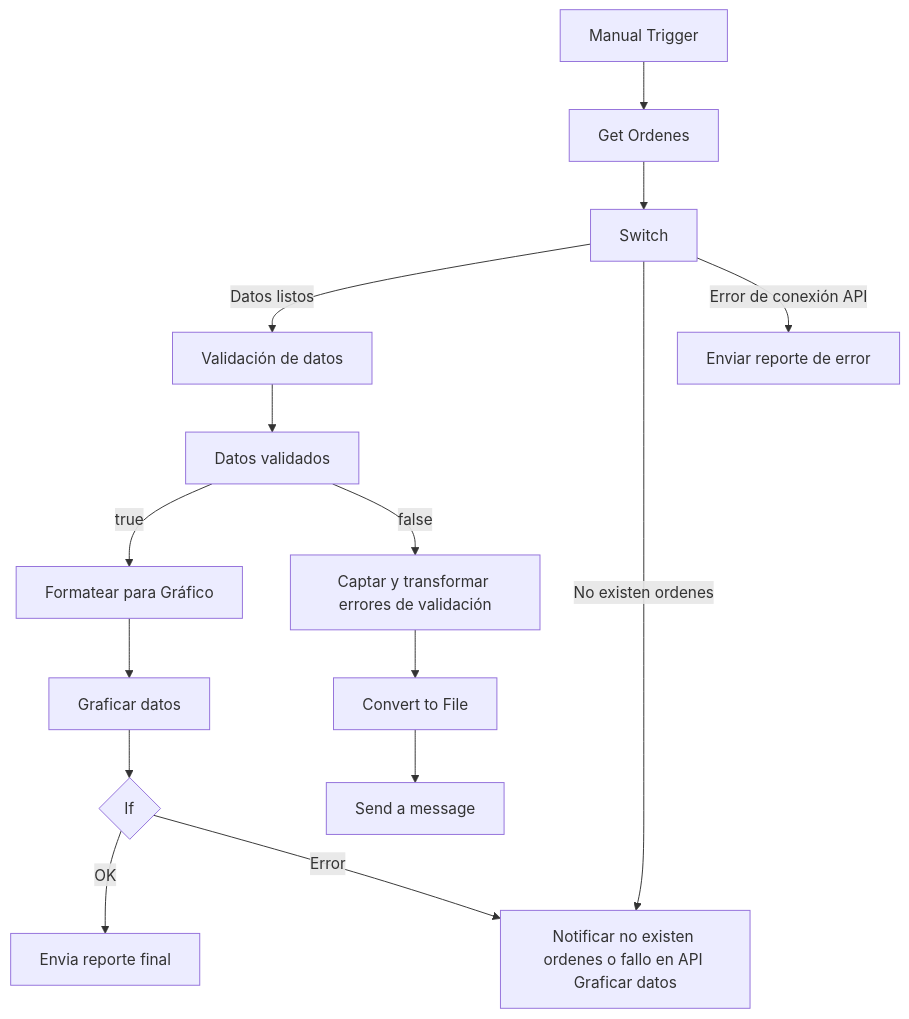
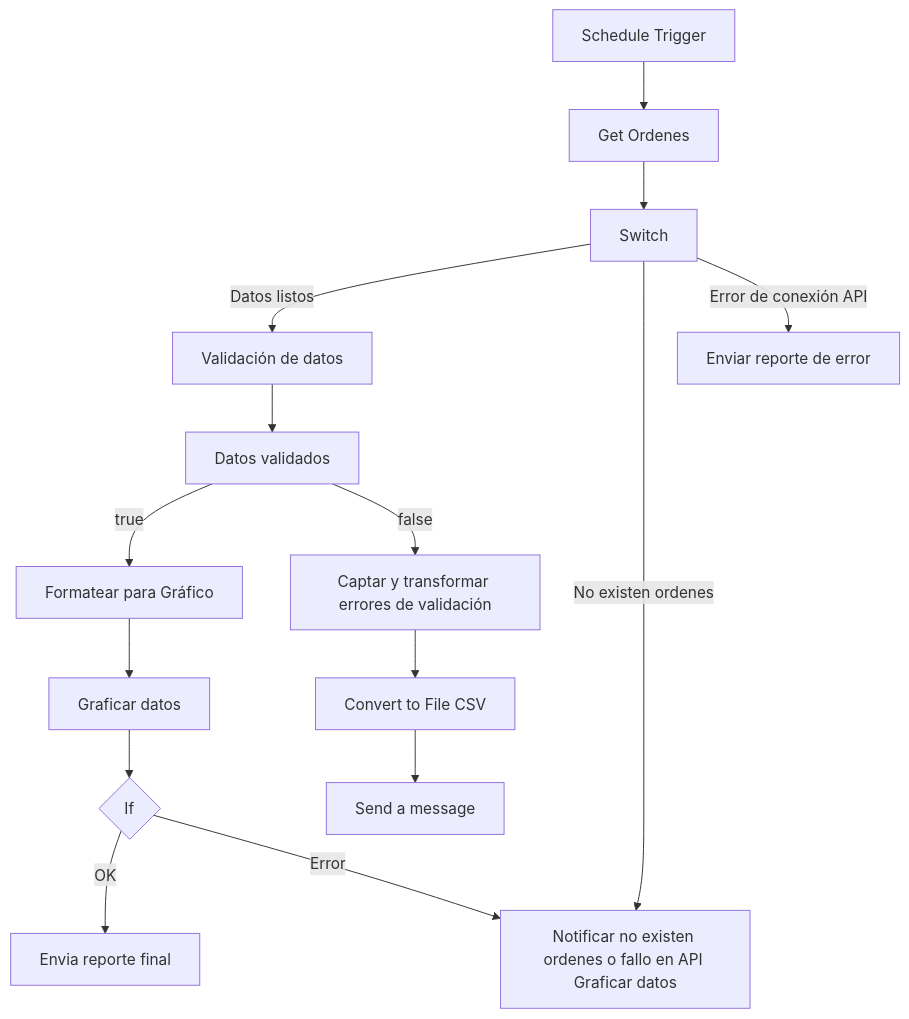
The diagram in README.md (liusvani/api_n8n_data_analytics), drawn with Mermaid before and after one commit. The commit also changed other lines of this file, not shown here.

````diff
--- a/README.md
+++ b/README.md
@@ -86,25 +74,25 @@
 ```mermaid
 flowchart TD
-    A[Manual Trigger] --> B[Get Ordenes]
+    A[Schedule Trigger] --> B[Get Ordenes]
     B --> C[Switch]
     
     %% Switch outputs
     C -->|Datos listos| D[Validación de datos]
     C -->|No existen ordenes| E[Notificar no existen ordenes o fallo en API Graficar datos]
     C -->|Error de conexión API| F[Enviar reporte de error]
 
     %% Validación de datos
     D --> G[Datos validados]
     G -->|true| H[Formatear para Gráfico]
     G -->|false| I[Captar y transformar errores de validación]
 
     %% Flujo de datos validados
     H --> J[Graficar datos]
     J --> K{If}
     K -->|OK| L[Envia reporte final]
     K -->|Error| E
 
     %% Flujo de errores
-    I --> M[Convert to File]
+    I --> M[Convert to File CSV]
     M --> N[Send a message]
 ```
````
